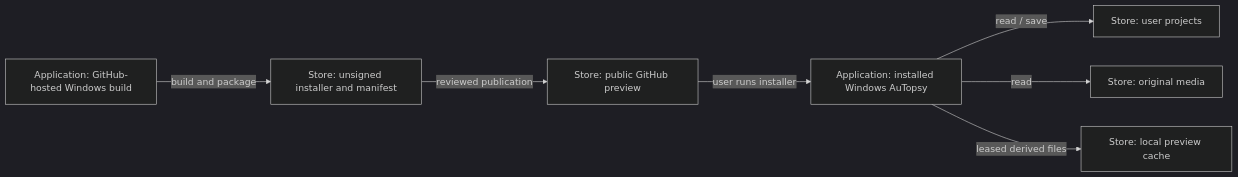
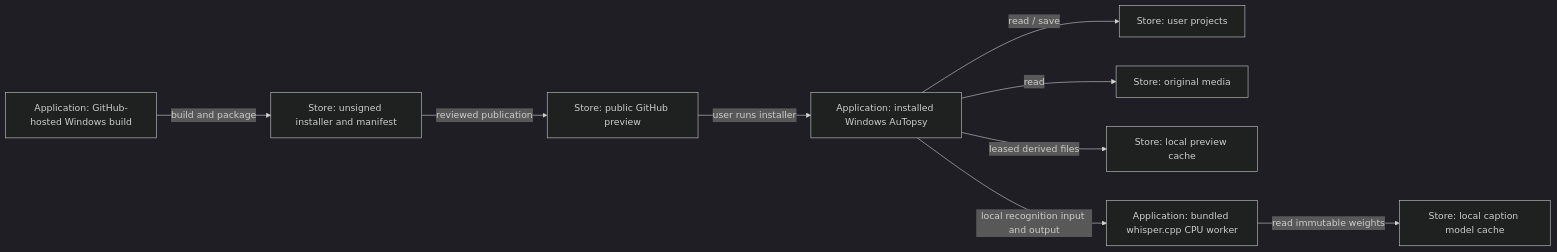
One commit to Ceratops-Code/AuTopsy changed the fourth of 4 diagrams in docs/design.md. Above: the diagram before and after it, drawn with Mermaid (dark theme). The commit also changed other lines of this file and 24 other files, not shown here.

````diff
--- a/docs/design.md
+++ b/docs/design.md
@@ -1134,9 +1202,11 @@
 ```mermaid
 flowchart LR
   Hosted["Application: GitHub-hosted Windows build"] -->|"build and package"| Artifact["Store: unsigned installer and manifest"]
   Artifact -->|"reviewed publication"| Release["Store: public GitHub preview"]
   Release -->|"user runs installer"| App["Application: installed Windows AuTopsy"]
   App -->|"read / save"| Projects["Store: user projects"]
   App -->|"read"| Originals["Store: original media"]
   App -->|"leased derived files"| Cache["Store: local preview cache"]
+  App -->|"local recognition input and output"| Worker["Application: bundled whisper.cpp CPU worker"]
+  Worker -->|"read immutable weights"| Weights["Store: local caption model cache"]
 ```
````
